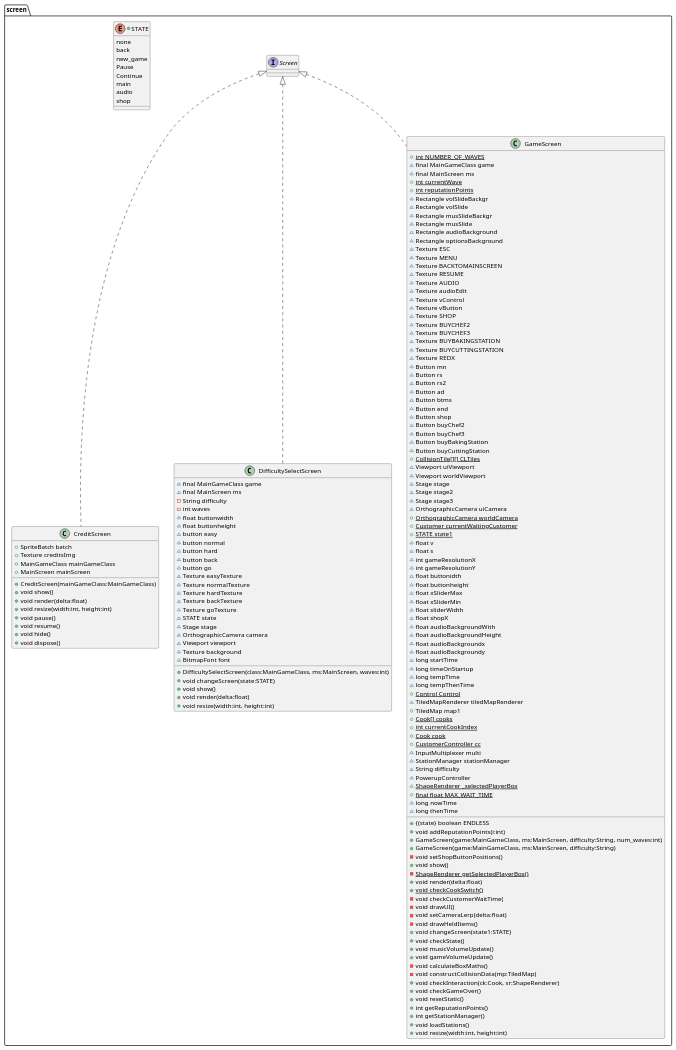
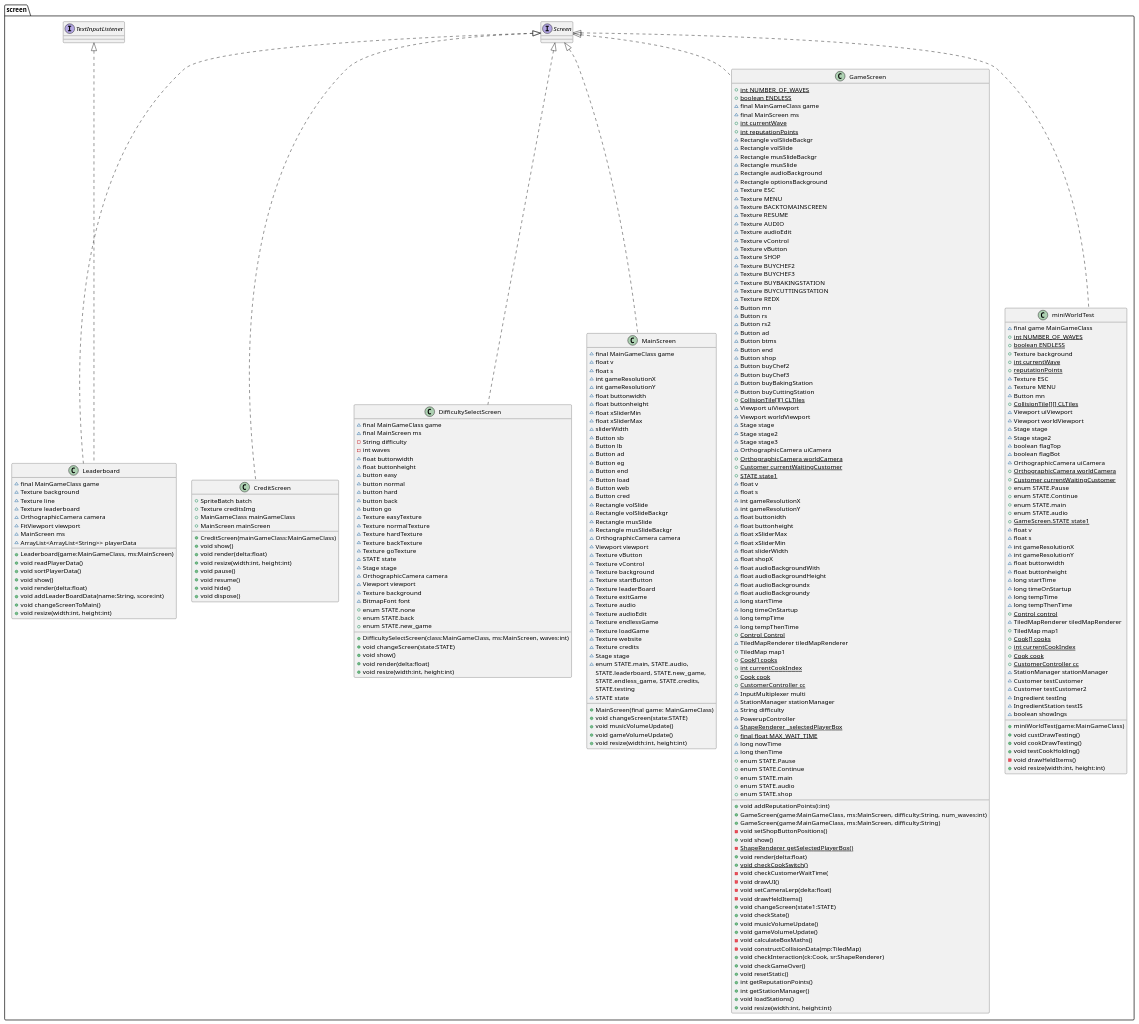
Before and after one commit to decassociation/project_eng1_team3: the diagram in UMLDiagrams/screen_package.puml, drawn with PlantUML.

Commit message:
More work on screen_package.puml

```diff
--- a/UMLDiagrams/screen_package.puml
+++ b/UMLDiagrams/screen_package.puml
@@ -46,17 +46,83 @@
 +void show()
 +void render(delta:float)
 +void resize(width:int, height:int)
++enum STATE.none
++enum STATE.back
++enum STATE.new_game
 }
 
-enum STATE{
-none
-back
-new_game
+class Leaderboard implements Screen, TextInputListener{
+~final MainGameClass game
+~Texture background
+~Texture line
+~Texture leaderboard
+~OrthographicCamera camera
+~FitViewport viewport
+~MainScreen ms
+~ArrayList<ArrayList<String>> playerData
++Leaderboard(game:MainGameClass, ms:MainScreen)
++void readPlayerData()
++void sortPlayerData()
++void show()
++void render(delta:float)
++void addLeaderBoardData(name:String, score:int)
++void changeScreenToMain()
++void resize(width:int, height:int)
+}
+
+class MainScreen implements Screen{
+~final MainGameClass game
+~float v
+~float s
+~int gameResolutionX
+~int gameResolutionY
+~float buttonwidth
+~float buttonheight
+~float xSliderMin
+~float xSliderMax
+~sliderWidth
+~Button sb
+~Button lb
+~Button ad
+~Button eg
+~Button end
+~Button load
+~Button web
+~Button cred
+~Rectangle volSlide
+~Rectangle volSlideBackgr
+~Rectangle musSlide
+~Rectangle musSlideBackgr
+~OrthographicCamera camera
+~Viewport viewport
+~Texture vButton
+~Texture vControl
+~Texture background
+~Texture startButton
+~Texture leaderBoard
+~Texture exitGame
+~Texture audio
+~Texture audioEdit
+~Texture endlessGame
+~Texture loadGame
+~Texture website
+~Texture credits
+~Stage stage
+~enum STATE.main, STATE.audio,
+STATE.leaderboard, STATE.new_game,
+STATE.endless_game, STATE.credits,
+STATE.testing
+~STATE state
++MainScreen(final game: MainGameClass)
++void changeScreen(state:STATE)
++void musicVolumeUpdate()
++void gameVolumeUpdate()
++void resize(width:int, height:int)
 }
 
 class GameScreen implements Screen{
 +{static} int NUMBER_OF_WAVES
-+{(state} boolean ENDLESS
++{static} boolean ENDLESS
 ~final MainGameClass game
 ~final MainScreen ms
 +{static} int currentWave
@@ -135,6 +201,11 @@
 +{static} final float MAX_WAIT_TIME
 ~long nowTime
 ~long thenTime
++enum STATE.Pause
++enum STATE.Continue
++enum STATE.main
++enum STATE.audio
++enum STATE.shop
 +void addReputationPoints(i:int)
 +GameScreen(game:MainGameClass, ms:MainScreen, difficulty:String, num_waves:int)
 +GameScreen(game:MainGameClass, ms:MainScreen, difficulty:String)
@@ -162,12 +233,60 @@
 +void resize(width:int, height:int)
 }
 
-+enum STATE{
-Pause
-Continue
-main
-audio
-shop
+class miniWorldTest implements Screen{
+~final game MainGameClass
++{static} int NUMBER_OF_WAVES
++{static} boolean ENDLESS
++Texture background
++{static} int currentWave
++{static} reputationPoints
+~Texture ESC
+~Texture MENU
+~Button mn
++{static} CollisionTile[][] CLTiles
+~Viewport uiViewport
+~Viewport worldViewport
+~Stage stage
+~Stage stage2
+~boolean flagTop
+~boolean flagBot
+~OrthographicCamera uiCamera
++{static} OrthographicCamera worldCamera
++{static} Customer currentWaitingCustomer
++enum STATE.Pause
++enum STATE.Continue
++enum STATE.main
++enum STATE.audio
++{static} GameScreen.STATE state1
+~float v
+~float s
+~int gameResolutionX
+~int gameResolutionY
+~float buttonwidth
+~float buttonheight
+~long startTime
+~long timeOnStartup
+~long tempTime
+~long tempThenTime
++{static} Control control
+~TiledMapRenderer tiledMapRenderer
++TiledMap map1
++{static} Cook[] cooks
++{static} int currentCookIndex
++{static} Cook cook
++{static} CustomerController cc
+~StationManager stationManager
+~Customer testCustomer
+~Customer testCustomer2
+~Ingredient testIng
+~IngredientStation testIS
+~boolean showIngs
++miniWorldTest(game:MainGameClass)
++void custDrawTesting()
++void cookDrawTesting()
++void testCookHolding()
+-void drawHeldItems()
++void resize(width:int, height:int)
 }
 
 }
```
